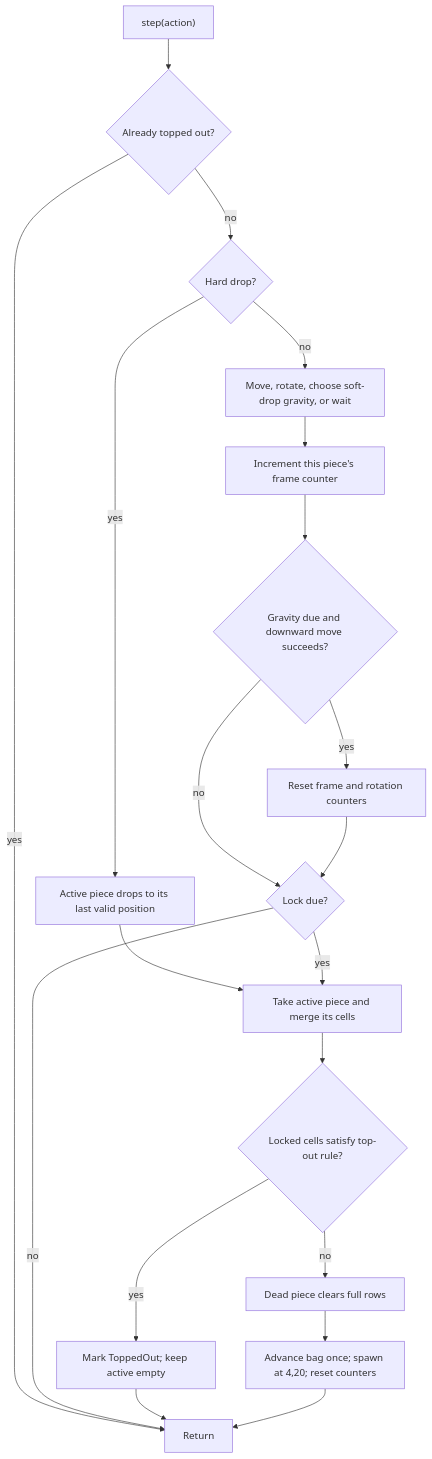
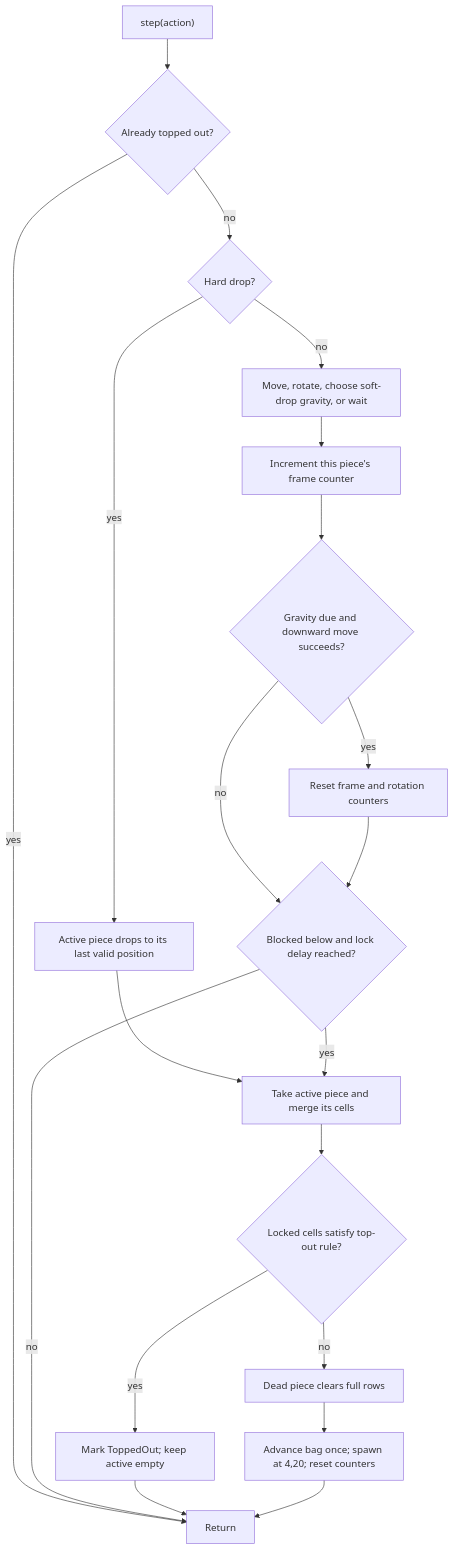
One commit to leo-Zhizhu/Tetris-Rust changed the second of 3 diagrams in PART1_DESIGN.md. Above: the diagram before and after it, drawn with Mermaid. The commit also changed other lines of this file and 15 other files, not shown here.

````diff
--- a/PART1_DESIGN.md
+++ b/PART1_DESIGN.md
@@ -373,22 +379,22 @@
 ```mermaid
 flowchart TD
     Start["step(action)"] --> Over{"Already topped out?"}
     Over -->|"yes"| Done["Return"]
     Over -->|"no"| Hard{"Hard drop?"}
     Hard -->|"yes"| Drop["Active piece drops to its last valid position"]
     Drop --> Lock["Take active piece and merge its cells"]
     Hard -->|"no"| Act["Move, rotate, choose soft-drop gravity, or wait"]
     Act --> Clock["Increment this piece's frame counter"]
     Clock --> Gravity{"Gravity due and downward move succeeds?"}
     Gravity -->|"yes"| Reset["Reset frame and rotation counters"]
-    Gravity -->|"no"| Delay{"Lock due?"}
+    Gravity -->|"no"| Delay{"Blocked below and lock delay reached?"}
     Reset --> Delay
     Delay -->|"no"| Done
     Delay -->|"yes"| Lock
     Lock --> Top{"Locked cells satisfy top-out rule?"}
     Top -->|"yes"| Stop["Mark ToppedOut; keep active empty"]
     Stop --> Done
     Top -->|"no"| Clear["Dead piece clears full rows"]
     Clear --> Next["Advance bag once; spawn at 4,20; reset counters"]
     Next --> Done
 ```
````
